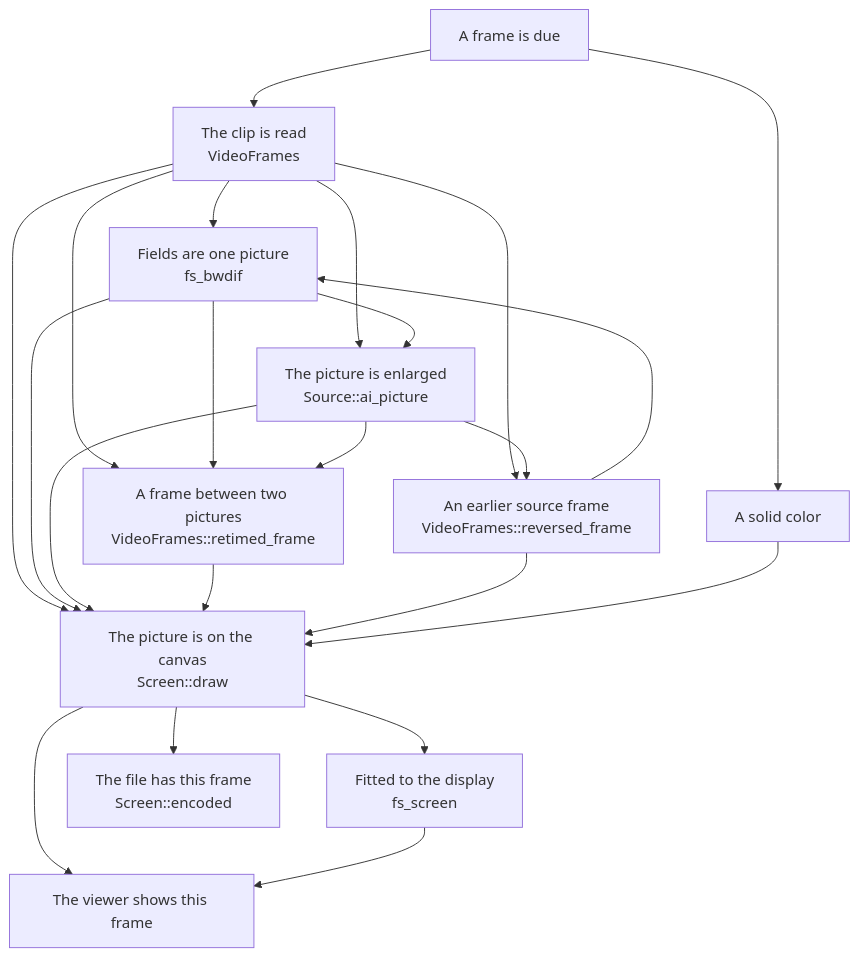
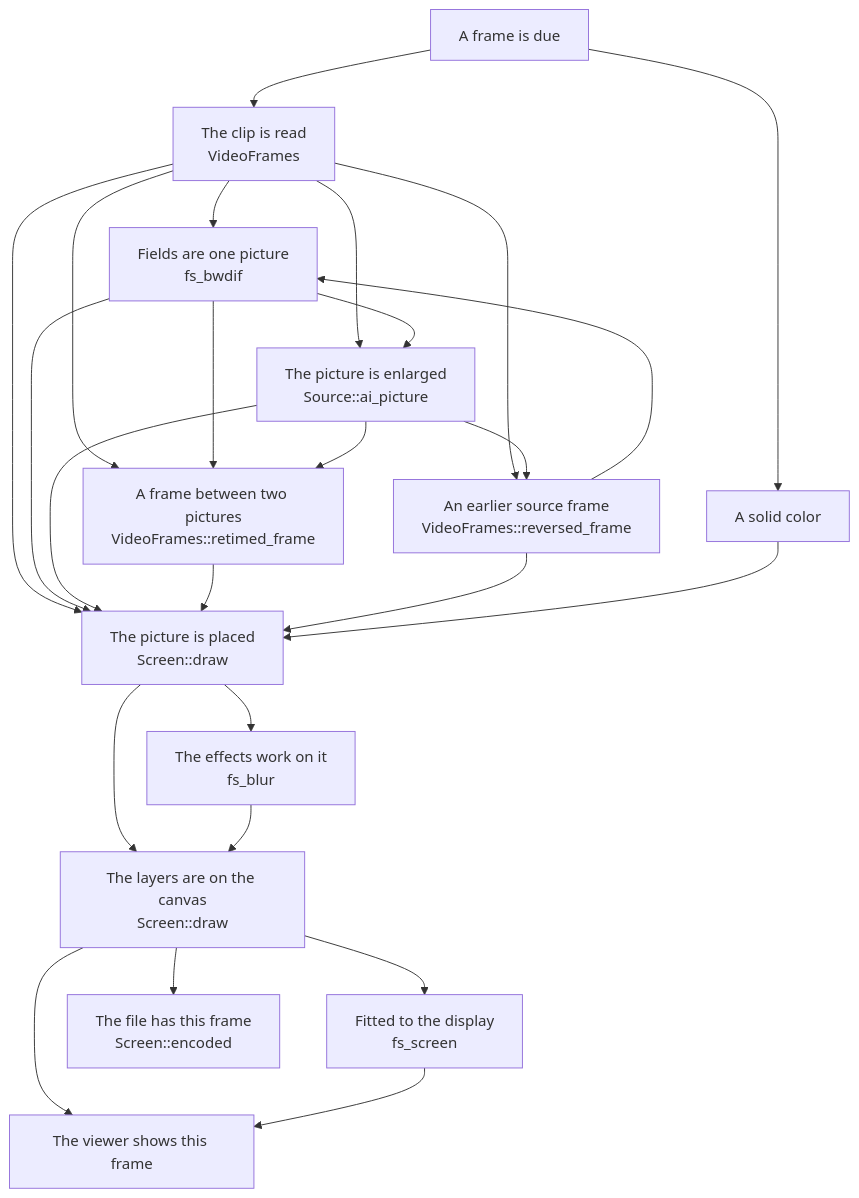
Before and after one commit to oittaa/vidcut: the third of 3 diagrams in docs/design/README.md, drawn with Mermaid. The commit also changed other lines of this file and 28 other files, not shown here.

First line of the commit message:
Add clip effects with Gaussian Blur (#698)

````diff
--- a/docs/design/README.md
+++ b/docs/design/README.md
@@ -61,35 +61,40 @@
 ```mermaid
 flowchart TD
   due["A frame is due"]
   read["The clip is read<br>VideoFrames"]
   solid["A solid color"]
   weave["Fields are one picture<br>fs_bwdif"]
   grow["The picture is enlarged<br>Source::ai_picture"]
   between["A frame between two pictures<br>VideoFrames::retimed_frame"]
   earlier["An earlier source frame<br>VideoFrames::reversed_frame"]
-  place["The picture is on the canvas<br>Screen::draw"]
+  place["The picture is placed<br>Screen::draw"]
+  fx["The effects work on it<br>fs_blur"]
+  mix["The layers are on the canvas<br>Screen::draw"]
   show["The viewer shows this frame"]
   mapped["Fitted to the display<br>fs_screen"]
   file["The file has this frame<br>Screen::encoded"]
   due --> read
   due --> solid
   read --> weave
   read --> grow
   read --> between
   read --> earlier
   read --> place
   weave --> grow
   weave --> between
   weave --> place
   grow --> between
   grow --> earlier
   grow --> place
   between --> place
   earlier --> weave
   earlier --> place
   solid --> place
-  place --> show
-  place --> mapped
+  place --> fx
+  place --> mix
+  fx --> mix
+  mix --> show
+  mix --> mapped
   mapped --> show
-  place --> file
+  mix --> file
 ```
````
